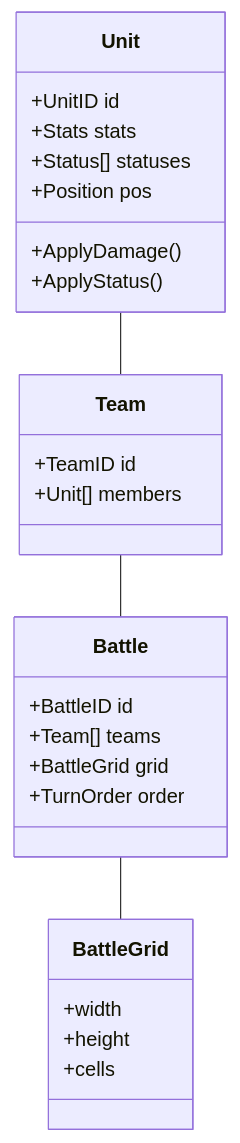
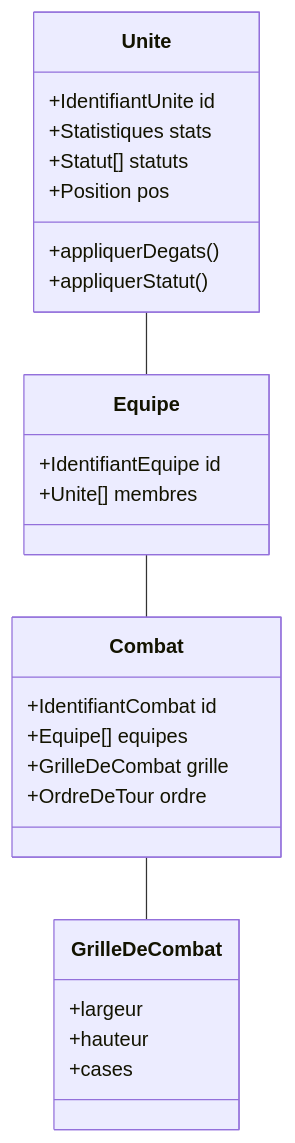
One commit to Gaetan1303/Aether-Engine changed the second of 3 diagrams in doc/Présentation.md. Above: the diagram before and after it, drawn with Mermaid. The commit also changed other lines of this file and 12 other files, not shown here.

````diff
--- a/doc/Présentation.md
+++ b/doc/Présentation.md
@@ -48,29 +55,29 @@
 ```mermaid
 classDiagram
-class Unit {
-  +UnitID id
-  +Stats stats
-  +Status[] statuses
+class Unite {
+  +IdentifiantUnite id
+  +Statistiques stats
+  +Statut[] statuts
   +Position pos
-  +ApplyDamage()
-  +ApplyStatus()
+  +appliquerDegats()
+  +appliquerStatut()
 }
-class Team {
-  +TeamID id
-  +Unit[] members
+class Equipe {
+  +IdentifiantEquipe id
+  +Unite[] membres
 }
-class BattleGrid {
-  +width
-  +height
-  +cells
+class GrilleDeCombat {
+  +largeur
+  +hauteur
+  +cases
 }
-class Battle {
-  +BattleID id
-  +Team[] teams
-  +BattleGrid grid
-  +TurnOrder order
+class Combat {
+  +IdentifiantCombat id
+  +Equipe[] equipes
+  +GrilleDeCombat grille
+  +OrdreDeTour ordre
 }
-Unit -- Team
-Team -- Battle
-Battle -- BattleGrid
+Unite -- Equipe
+Equipe -- Combat
+Combat -- GrilleDeCombat
 ```
````
